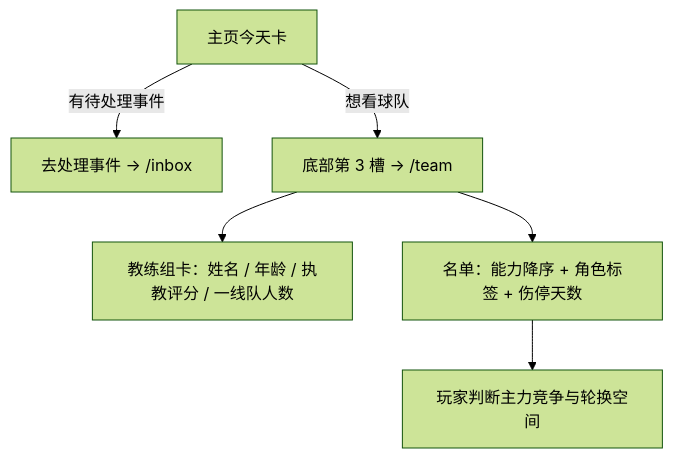
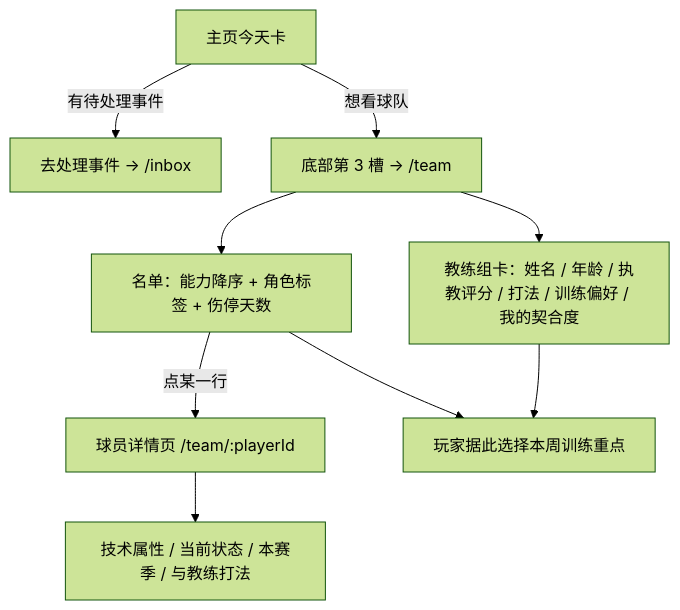
Before and after one commit to Roulandu/rpg_life_game: the first of 2 diagrams in docs/features/team-squad.md, drawn with Mermaid (forest theme). The commit also changed other lines of this file and 5 other files, not shown here.

````diff
--- a/docs/features/team-squad.md
+++ b/docs/features/team-squad.md
@@ -35,8 +45,11 @@
 ```mermaid
 flowchart TD
   A[主页今天卡] -->|有待处理事件| B[去处理事件 → /inbox]
   A -->|想看球队| C[底部第 3 槽 → /team]
-  C --> D[教练组卡：姓名 / 年龄 / 执教评分 / 一线队人数]
+  C --> D[教练组卡：姓名 / 年龄 / 执教评分 / 打法 / 训练偏好 / 我的契合度]
   C --> E[名单：能力降序 + 角色标签 + 伤停天数]
-  E --> F[玩家判断主力竞争与轮换空间]
+  E -->|点某一行| F[球员详情页 /team/:playerId]
+  F --> G[技术属性 / 当前状态 / 本赛季 / 与教练打法]
+  D --> H[玩家据此选择本周训练重点]
+  E --> H
 ```
````
